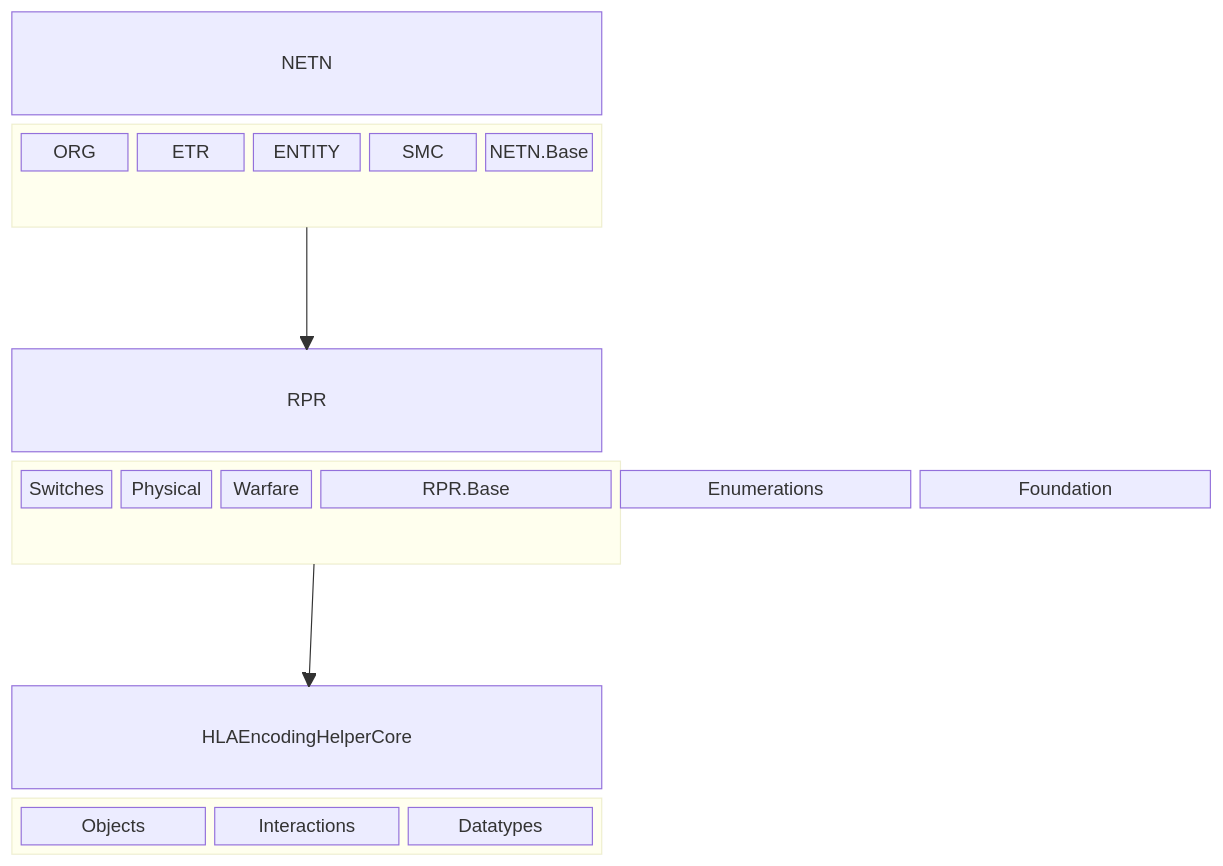
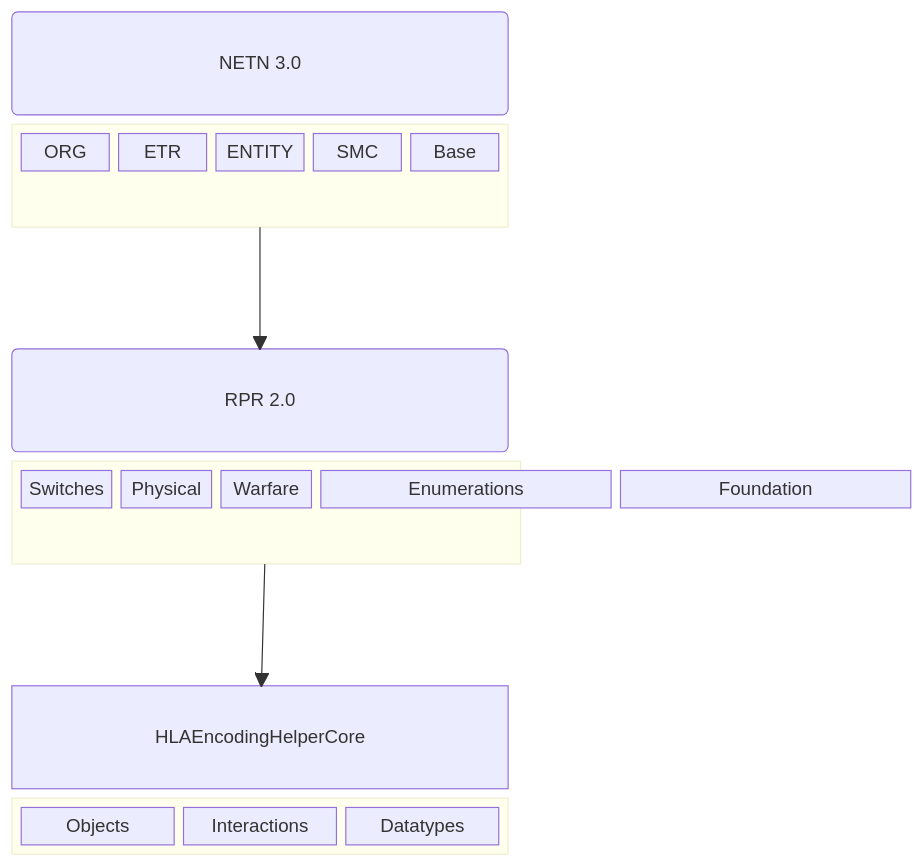
One commit to IVCTool/OmtEncodingHelper changed the diagram in README.md. Above: the diagram before and after it, drawn with Mermaid.

Commit message:
versioning

````diff
--- a/README.md
+++ b/README.md
@@ -5,27 +5,27 @@
 ```mermaid
 block-beta
 columns 3
 
-NETN:3
+NETN("NETN 3.0"):3
 block:NetnModules:3
     ORG ETR ENTITY
     SMC:3
-    NETN.Base:3 
+    Base:3 
 end
 space:3
-RPR:3
+RPR("RPR 2.0"):3
 block:RPRCore:3
     Switches Physical Warfare
-    RPR.Base:3 
+    Base:3 
     Enumerations:3
     Foundation:3
 end
 space:3
 HLAEncodingHelperCore:3
     block:Core:3
     Objects Interactions Datatypes
 end
 
 NetnModules --> RPR
 RPRCore --> HLAEncodingHelperCore
 ```
````
